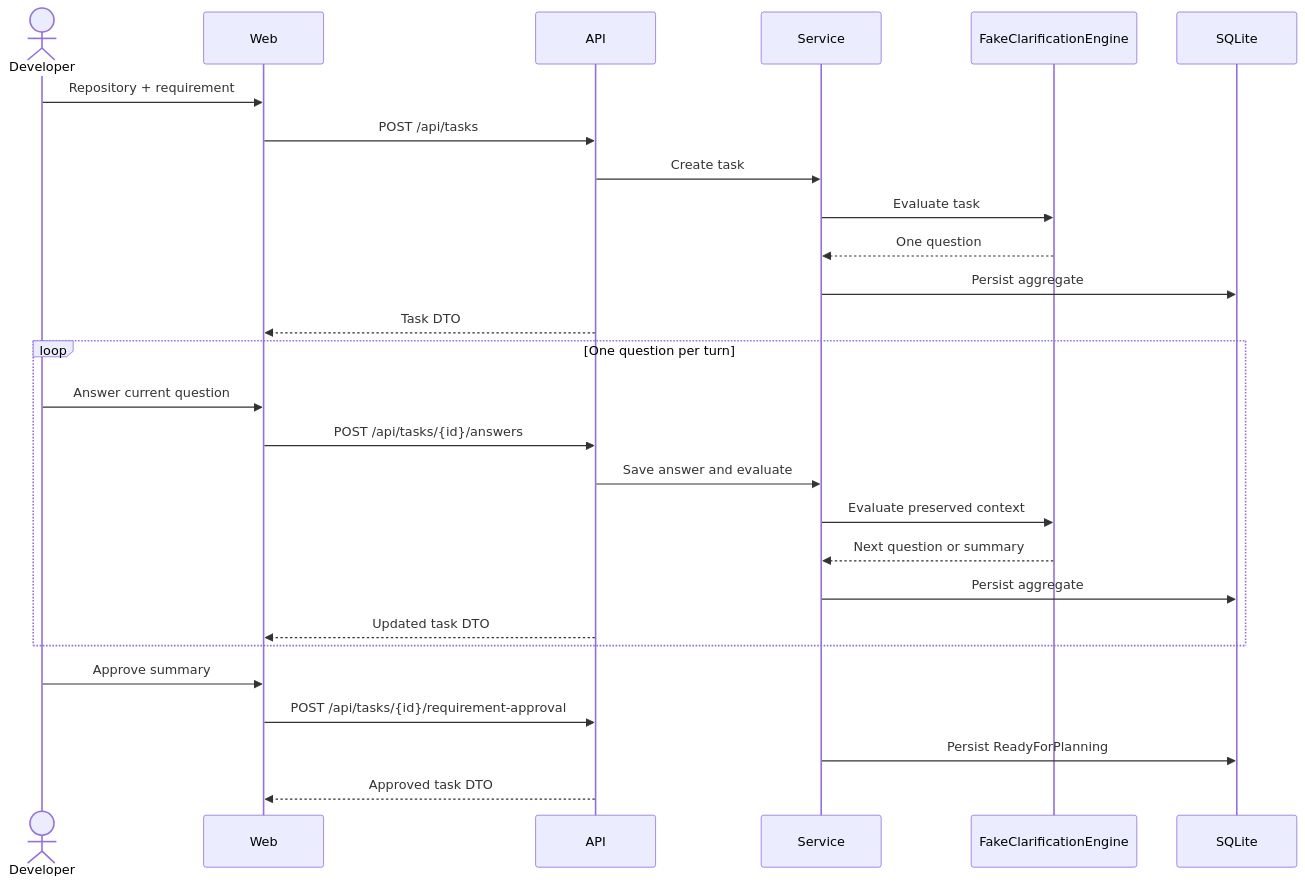
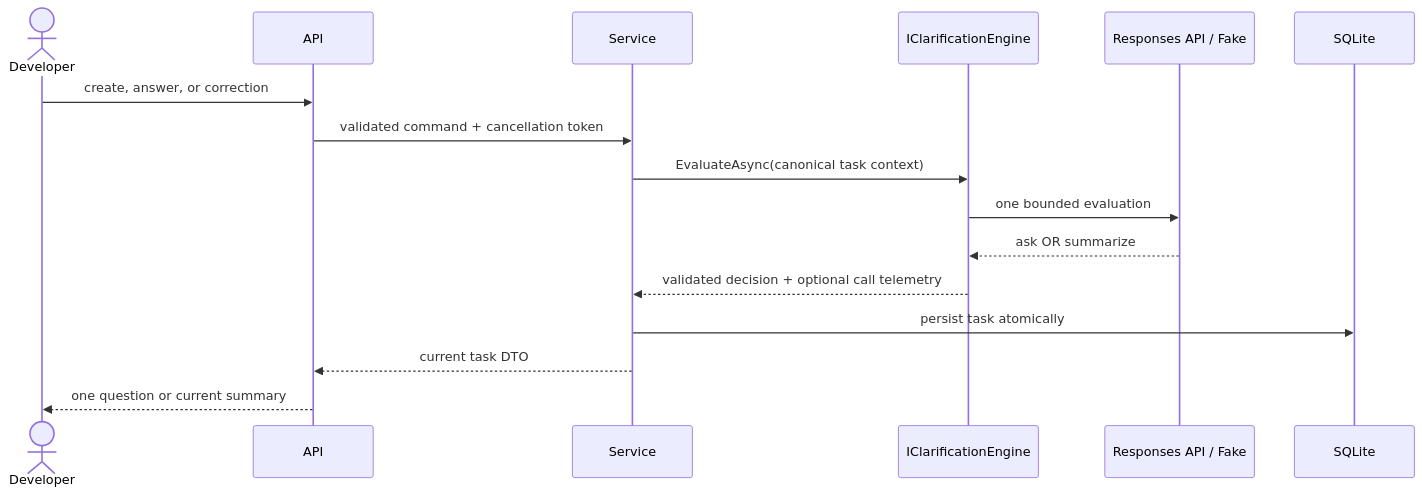
The third of 3 diagrams in docs/architecture.md (kamalpuvvada/forge-ai), drawn with Mermaid before and after one commit. The commit also changed other lines of this file and 40 other files, not shown here.

First line of the commit message:
feat(api): enhance system capabilities and task management

````diff
--- a/docs/architecture.md
+++ b/docs/architecture.md
@@ -56,29 +69,18 @@
 ```mermaid
 sequenceDiagram
     actor Developer
-    participant Web
     participant API
     participant Service
-    participant Fake as FakeClarificationEngine
+    participant Engine as IClarificationEngine
+    participant Provider as Responses API / Fake
     participant DB as SQLite
-    Developer->>Web: Repository + requirement
-    Web->>API: POST /api/tasks
-    API->>Service: Create task
-    Service->>Fake: Evaluate task
-    Fake-->>Service: One question
-    Service->>DB: Persist aggregate
-    API-->>Web: Task DTO
-    loop One question per turn
-        Developer->>Web: Answer current question
-        Web->>API: POST /api/tasks/{id}/answers
-        API->>Service: Save answer and evaluate
-        Service->>Fake: Evaluate preserved context
-        Fake-->>Service: Next question or summary
-        Service->>DB: Persist aggregate
-        API-->>Web: Updated task DTO
-    end
-    Developer->>Web: Approve summary
-    Web->>API: POST /api/tasks/{id}/requirement-approval
-    Service->>DB: Persist ReadyForPlanning
-    API-->>Web: Approved task DTO
+    Developer->>API: create, answer, or correction
+    API->>Service: validated command + cancellation token
+    Service->>Engine: EvaluateAsync(canonical task context)
+    Engine->>Provider: one bounded evaluation
+    Provider-->>Engine: ask OR summarize
+    Engine-->>Service: validated decision + optional call telemetry
+    Service->>DB: persist task atomically
+    Service-->>API: current task DTO
+    API-->>Developer: one question or current summary
 ```
````
